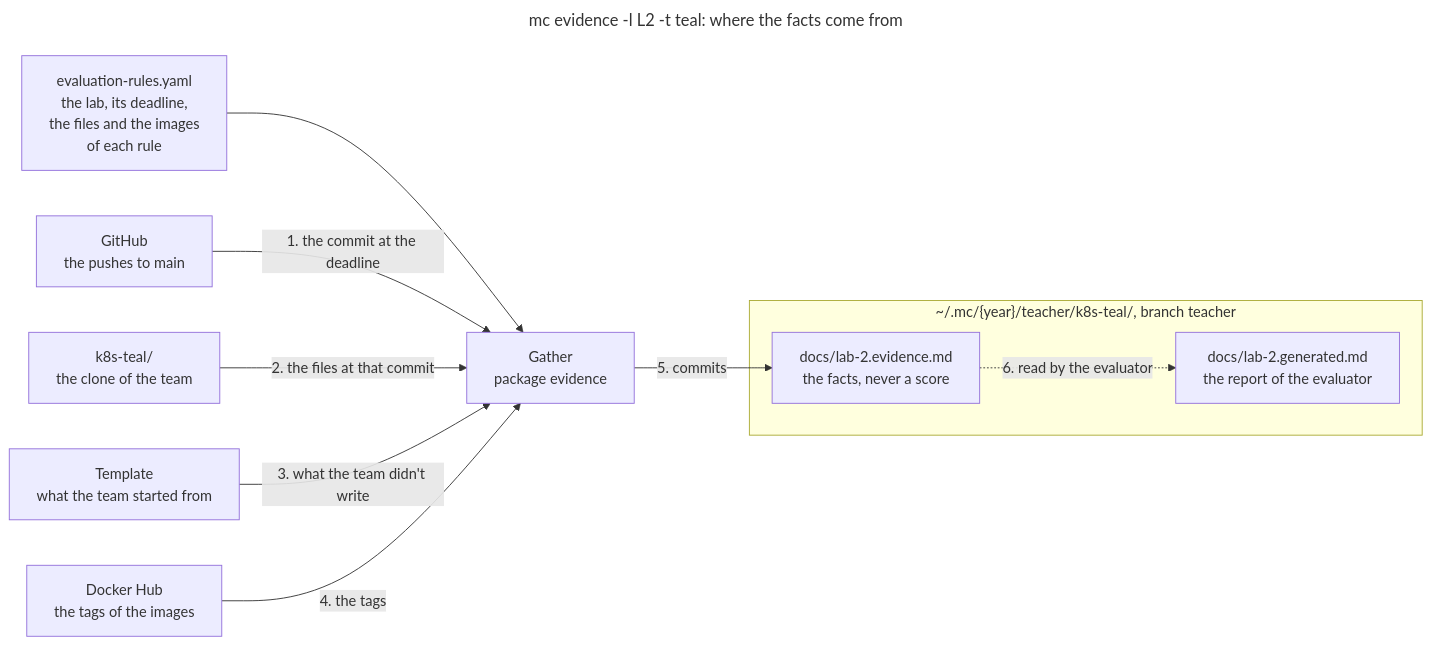
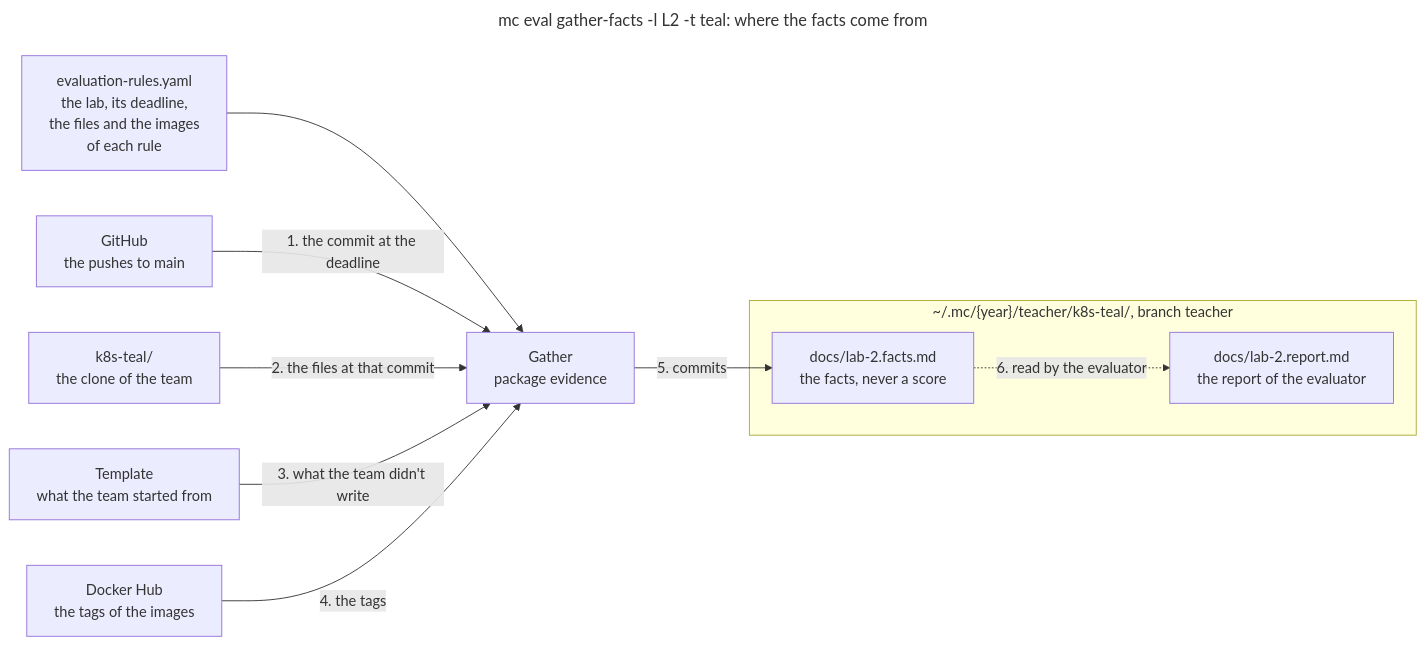
The diagram in evidence/README.md (mincong-classroom/mc), drawn with Mermaid before and after one commit. The commit also changed other lines of this file and 24 other files, not shown here.

Commit message:
Rename mc evidence to mc eval gather-facts, and group the commands of mc --help (#38)

````diff
--- a/evidence/README.md
+++ b/evidence/README.md
@@ -13,26 +14,26 @@
 ```mermaid
 ---
-title: "mc evidence -l L2 -t teal: where the facts come from"
+title: "mc eval gather-facts -l L2 -t teal: where the facts come from"
 config:
   flowchart:
     wrappingWidth: 200
 ---
 flowchart LR
   rules["evaluation-rules.yaml<br>the lab, its deadline,<br>the files and the images<br>of each rule"]
   github["GitHub<br>the pushes to main"]
   clone["k8s-teal/<br>the clone of the team"]
   template["Template<br>what the team started from"]
   hub["Docker Hub<br>the tags of the images"]
   gather["Gather<br>package evidence"]
   subgraph worktree["~/.mc/{year}/teacher/k8s-teal/, branch teacher"]
-    report["docs/lab-2.evidence.md<br>the facts, never a score"]
-    generated["docs/lab-2.generated.md<br>the report of the evaluator"]
+    facts["docs/lab-2.facts.md<br>the facts, never a score"]
+    report["docs/lab-2.report.md<br>the report of the evaluator"]
   end
   rules --> gather
   github -- "1. the commit at the deadline" --> gather
   clone -- "2. the files at that commit" --> gather
   template -- "3. what the team didn't write" --> gather
   hub -- "4. the tags" --> gather
-  gather -- "5. commits" --> report
-  report -. "6. read by the evaluator" .-> generated
+  gather -- "5. commits" --> facts
+  facts -. "6. read by the evaluator" .-> report
 ```
````
